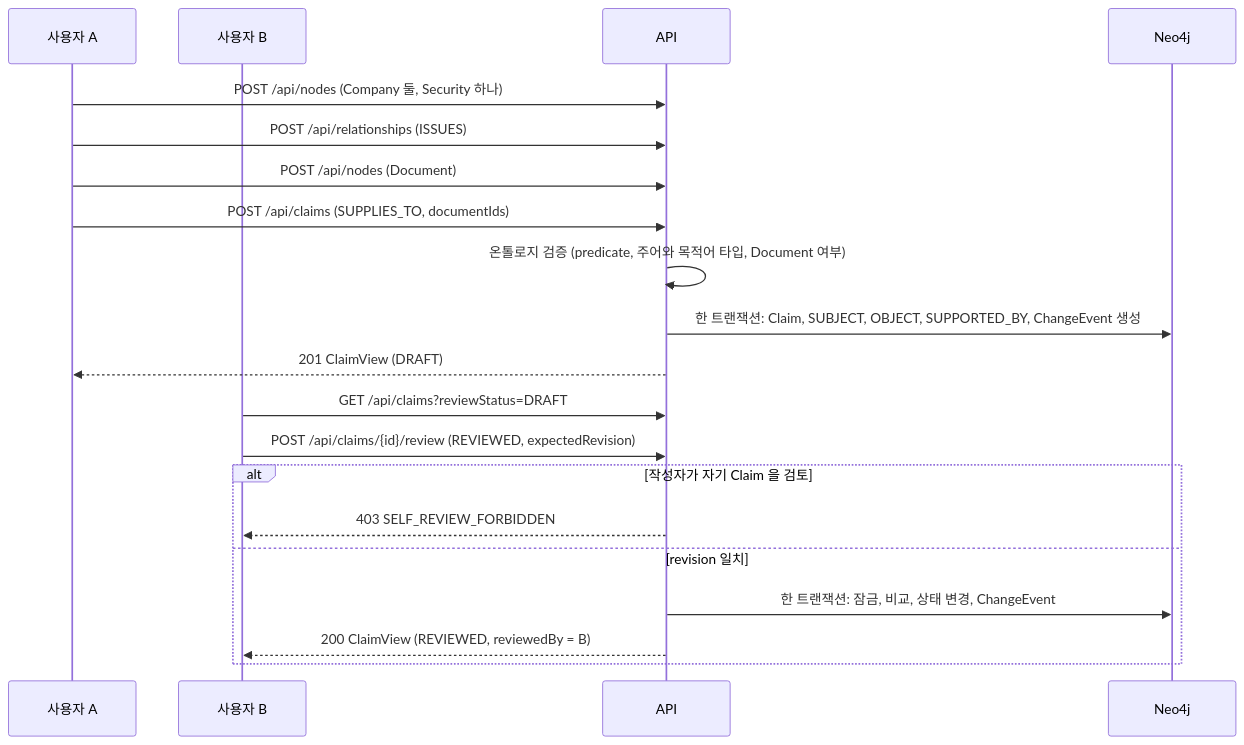
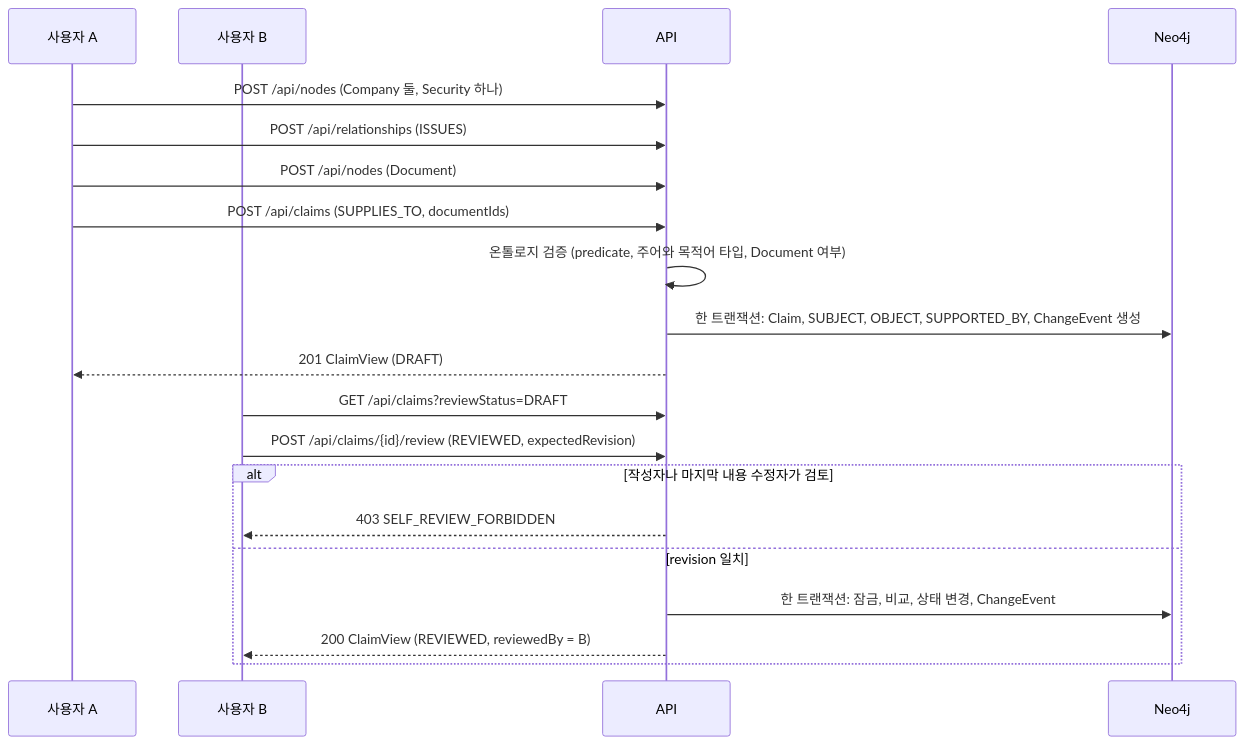
The second of 6 diagrams in financial-workbench/docs/flow.md (jon890/fos-graphrag), drawn with Mermaid before and after one commit. The commit also changed other lines of this file and 40 other files, not shown here.

````diff
--- a/financial-workbench/docs/flow.md
+++ b/financial-workbench/docs/flow.md
@@ -26,22 +33,22 @@
 ```mermaid
 sequenceDiagram
   participant UA as 사용자 A
   participant UB as 사용자 B
   participant A as API
   participant N as Neo4j
   UA->>A: POST /api/nodes (Company 둘, Security 하나)
   UA->>A: POST /api/relationships (ISSUES)
   UA->>A: POST /api/nodes (Document)
   UA->>A: POST /api/claims (SUPPLIES_TO, documentIds)
   A->>A: 온톨로지 검증 (predicate, 주어와 목적어 타입, Document 여부)
   A->>N: 한 트랜잭션: Claim, SUBJECT, OBJECT, SUPPORTED_BY, ChangeEvent 생성
   A-->>UA: 201 ClaimView (DRAFT)
   UB->>A: GET /api/claims?reviewStatus=DRAFT
   UB->>A: POST /api/claims/{id}/review (REVIEWED, expectedRevision)
-  alt 작성자가 자기 Claim 을 검토
+  alt 작성자나 마지막 내용 수정자가 검토
     A-->>UB: 403 SELF_REVIEW_FORBIDDEN
   else revision 일치
     A->>N: 한 트랜잭션: 잠금, 비교, 상태 변경, ChangeEvent
     A-->>UB: 200 ClaimView (REVIEWED, reviewedBy = B)
   end
 ```
````
